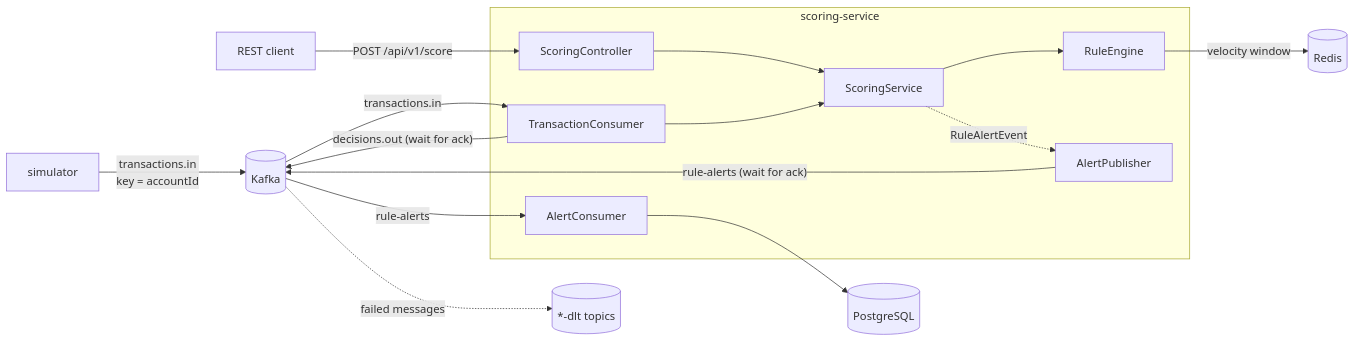
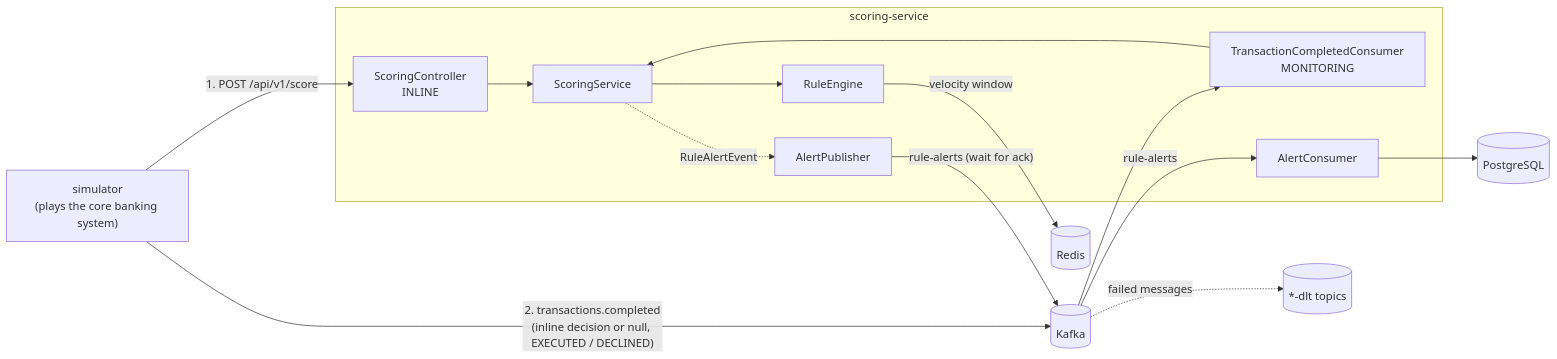
The diagram in README.md (htqhuy1762/fraud-sentinel), drawn with Mermaid before and after one commit. The commit also changed other lines of this file, not shown here.

Commit message:
docs: describe inline vs post-transaction monitoring architecture

````diff
--- a/README.md
+++ b/README.md
@@ -11,26 +11,26 @@
 ```mermaid
 flowchart LR
-    SIM[simulator] -- "transactions.in<br/>key = accountId" --> K[(Kafka)]
-    CLIENT[REST client] -- "POST /api/v1/score" --> API
+    SIM["simulator<br/>(plays the core banking system)"]
 
     subgraph SS[scoring-service]
-        API[ScoringController]
-        CON[TransactionConsumer]
+        API[ScoringController<br/>INLINE]
+        CON[TransactionCompletedConsumer<br/>MONITORING]
         SVC[ScoringService]
         ENG[RuleEngine]
         PUB[AlertPublisher]
         AC[AlertConsumer]
         API --> SVC
         CON --> SVC
         SVC --> ENG
         SVC -. "RuleAlertEvent" .-> PUB
     end
 
-    K -- "transactions.in" --> CON
+    SIM -- "1. POST /api/v1/score" --> API
+    SIM -- "2. transactions.completed<br/>(inline decision or null, EXECUTED / DECLINED)" --> K[(Kafka)]
+    K --> CON
     ENG -- "velocity window" --> R[(Redis)]
     PUB -- "rule-alerts (wait for ack)" --> K
     K -- "rule-alerts" --> AC
     AC --> PG[(PostgreSQL)]
-    CON -- "decisions.out (wait for ack)" --> K
     K -. "failed messages" .-> DLT[("*-dlt topics")]
 ```
````
